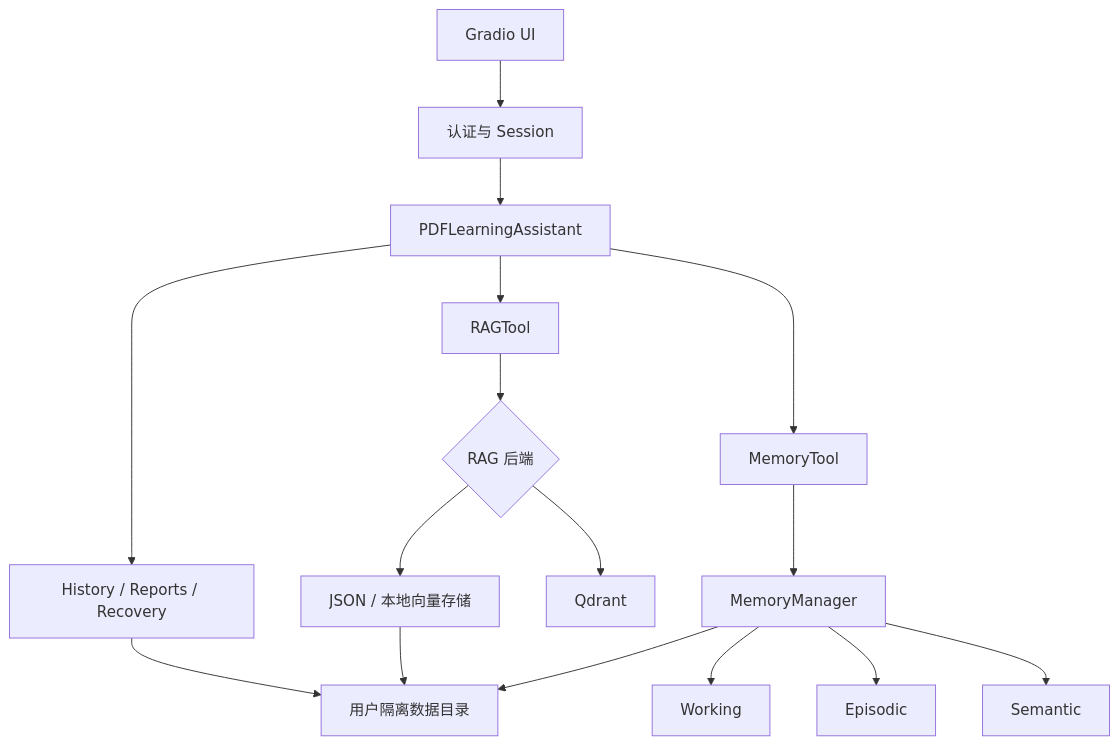
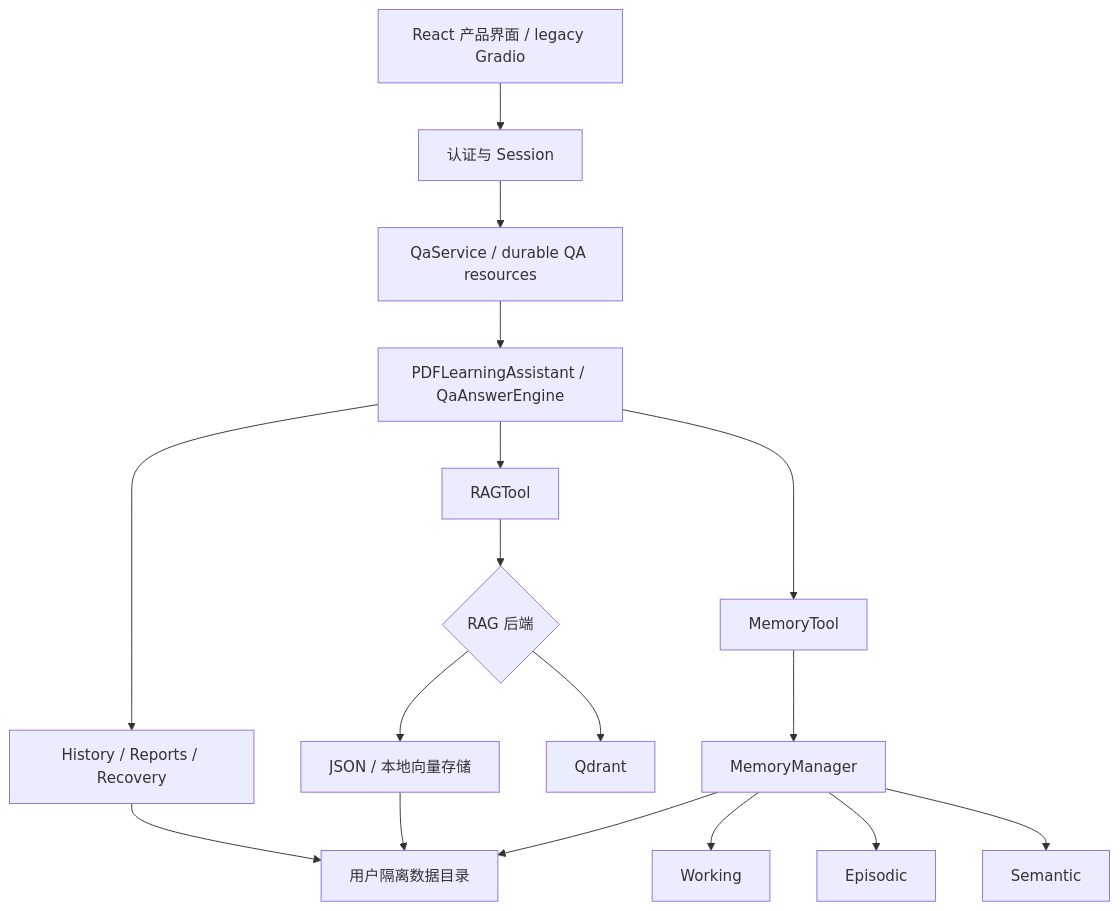
The diagram in README.md (wanghaohao840-collab/-), drawn with Mermaid before and after one commit. The commit also changed other lines of this file and 15 other files, not shown here.

````diff
--- a/README.md
+++ b/README.md
@@ -113,21 +114,22 @@
 ```mermaid
 flowchart TD
-    UI["Gradio UI"] --> SESSION["认证与 Session"]
-    SESSION --> ASSISTANT["PDFLearningAssistant"]
+    UI["React 产品界面 / legacy Gradio"] --> SESSION["认证与 Session"]
+    SESSION --> QASERVICE["QaService / durable QA resources"]
+    QASERVICE --> ASSISTANT["PDFLearningAssistant / QaAnswerEngine"]
     ASSISTANT --> RAGTOOL["RAGTool"]
     ASSISTANT --> MEMORYTOOL["MemoryTool"]
     ASSISTANT --> SERVICES["History / Reports / Recovery"]
 
     RAGTOOL --> FACTORY{"RAG 后端"}
     FACTORY --> JSON["JSON / 本地向量存储"]
     FACTORY --> QDRANT["Qdrant"]
 
     MEMORYTOOL --> MANAGER["MemoryManager"]
     MANAGER --> WORKING["Working"]
     MANAGER --> EPISODIC["Episodic"]
     MANAGER --> SEMANTIC["Semantic"]
 
     SERVICES --> USERDATA["用户隔离数据目录"]
     JSON --> USERDATA
     MANAGER --> USERDATA
 ```
````
